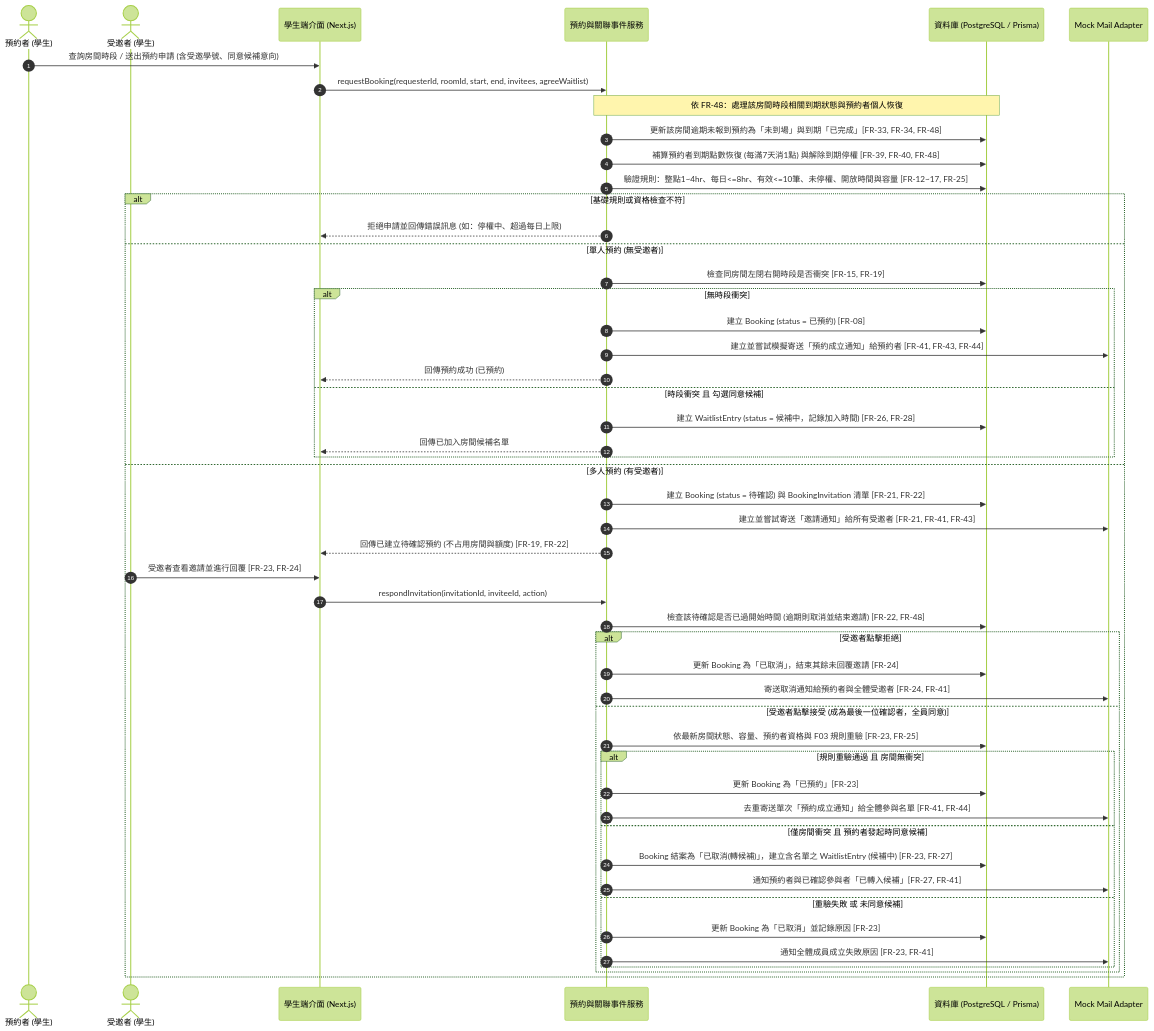
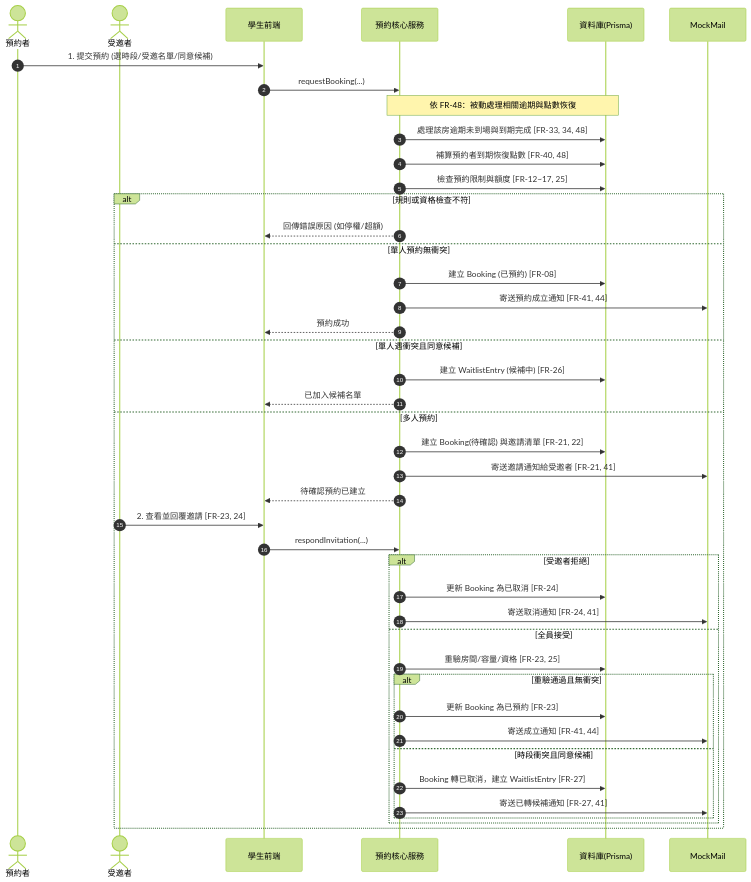
The first of 3 diagrams in waterfall/uml/sequence-diagram.md (avisccc/study-room-booking), drawn with Mermaid (forest theme) before and after one commit. The commit also changed other lines of this file, not shown here.

````diff
--- a/waterfall/uml/sequence-diagram.md
+++ b/waterfall/uml/sequence-diagram.md
@@ -12,57 +9,49 @@
 ```mermaid
 sequenceDiagram
     autonumber
-    actor Req as 預約者 (學生)
-    actor Inv as 受邀者 (學生)
-    participant UI as 學生端介面 (Next.js)
-    participant Svc as 預約與關聯事件服務
-    participant DB as 資料庫 (PostgreSQL / Prisma)
-    participant Mail as Mock Mail Adapter
+    actor 預約者
+    actor 受邀者
+    participant 前端 as 學生前端
+    participant 服務端 as 預約核心服務
+    participant DB as 資料庫(Prisma)
+    participant Mail as MockMail
 
-    Req->>UI: 查詢房間時段 / 送出預約申請 (含受邀學號、同意候補意向)
-    UI->>Svc: requestBooking(requesterId, roomId, start, end, invitees, agreeWaitlist)
+    預約者->>前端: 1. 提交預約 (選時段/受邀名單/同意候補)
+    前端->>服務端: requestBooking(...)
     
-    Note over Svc,DB: 依 FR-48：處理該房間時段相關到期狀態與預約者個人恢復
-    Svc->>DB: 更新該房間逾期未報到預約為「未到場」與到期「已完成」[FR-33, FR-34, FR-48]
-    Svc->>DB: 補算預約者到期點數恢復 (每滿7天消1點) 與解除到期停權 [FR-39, FR-40, FR-48]
+    Note over 服務端,DB: 依 FR-48：被動處理相關逾期與點數恢復
+    服務端->>DB: 處理該房逾期未到場與到期完成 [FR-33, 34, 48]
+    服務端->>DB: 補算預約者到期恢復點數 [FR-40, 48]
+    服務端->>DB: 檢查預約限制與額度 [FR-12~17, 25]
     
-    Svc->>DB: 驗證規則：整點1~4hr、每日<=8hr、有效<=10筆、未停權、開放時間與容量 [FR-12~17, FR-25]
-    
-    alt 基礎規則或資格檢查不符
-        Svc-->>UI: 拒絕申請並回傳錯誤訊息 (如：停權中、超過每日上限)
-    else 單人預約 (無受邀者)
-        Svc->>DB: 檢查同房間左閉右開時段是否衝突 [FR-15, FR-19]
-        alt 無時段衝突
-            Svc->>DB: 建立 Booking (status = 已預約) [FR-08]
-            Svc->>Mail: 建立並嘗試模擬寄送「預約成立通知」給預約者 [FR-41, FR-43, FR-44]
-            Svc-->>UI: 回傳預約成功 (已預約)
-        else 時段衝突 且 勾選同意候補
-            Svc->>DB: 建立 WaitlistEntry (status = 候補中，記錄加入時間) [FR-26, FR-28]
-            Svc-->>UI: 回傳已加入房間候補名單
-        end
-    else 多人預約 (有受邀者)
-        Svc->>DB: 建立 Booking (status = 待確認) 與 BookingInvitation 清單 [FR-21, FR-22]
-        Svc->>Mail: 建立並嘗試寄送「邀請通知」給所有受邀者 [FR-21, FR-41, FR-43]
-        Svc-->>UI: 回傳已建立待確認預約 (不占用房間與額度) [FR-19, FR-22]
+    alt 規則或資格檢查不符
+        服務端-->>前端: 回傳錯誤原因 (如停權/超額)
+    else 單人預約無衝突
+        服務端->>DB: 建立 Booking (已預約) [FR-08]
+        服務端->>Mail: 寄送預約成立通知 [FR-41, 44]
+        服務端-->>前端: 預約成功
+    else 單人遇衝突且同意候補
+        服務端->>DB: 建立 WaitlistEntry (候補中) [FR-26]
+        服務端-->>前端: 已加入候補名單
+    else 多人預約
+        服務端->>DB: 建立 Booking(待確認) 與邀請清單 [FR-21, 22]
+        服務端->>Mail: 寄送邀請通知給受邀者 [FR-21, 41]
+        服務端-->>前端: 待確認預約已建立
         
-        Inv->>UI: 受邀者查看邀請並進行回覆 [FR-23, FR-24]
-        UI->>Svc: respondInvitation(invitationId, inviteeId, action)
-        Svc->>DB: 檢查該待確認是否已過開始時間 (逾期則取消並結束邀請) [FR-22, FR-48]
-        alt 受邀者點擊拒絕
-            Svc->>DB: 更新 Booking 為「已取消」，結束其餘未回覆邀請 [FR-24]
-            Svc->>Mail: 寄送取消通知給預約者與全體受邀者 [FR-24, FR-41]
-        else 受邀者點擊接受 (成為最後一位確認者，全員同意)
-            Svc->>DB: 依最新房間狀態、容量、預約者資格與 F03 規則重驗 [FR-23, FR-25]
-            alt 規則重驗通過 且 房間無衝突
-                Svc->>DB: 更新 Booking 為「已預約」[FR-23]
-                Svc->>Mail: 去重寄送單次「預約成立通知」給全體參與名單 [FR-41, FR-44]
-            else 僅房間衝突 且 預約者發起時同意候補
-                Svc->>DB: Booking 結案為「已取消(轉候補)」，建立含名單之 WaitlistEntry (候補中) [FR-23, FR-27]
-                Svc->>Mail: 通知預約者與已確認參與者「已轉入候補」[FR-27, FR-41]
-            else 重驗失敗 或 未同意候補
-                Svc->>DB: 更新 Booking 為「已取消」並記錄原因 [FR-23]
-                Svc->>Mail: 通知全體成員成立失敗原因 [FR-23, FR-41]
+        受邀者->>前端: 2. 查看並回覆邀請 [FR-23, 24]
+        前端->>服務端: respondInvitation(...)
+        alt 受邀者拒絕
+            服務端->>DB: 更新 Booking 為已取消 [FR-24]
+            服務端->>Mail: 寄送取消通知 [FR-24, 41]
+        else 全員接受
+            服務端->>DB: 重驗房間/容量/資格 [FR-23, 25]
+            alt 重驗通過且無衝突
+                服務端->>DB: 更新 Booking 為已預約 [FR-23]
+                服務端->>Mail: 寄送成立通知 [FR-41, 44]
+            else 時段衝突且同意候補
+                服務端->>DB: Booking 轉已取消，建立 WaitlistEntry [FR-27]
+                服務端->>Mail: 寄送已轉候補通知 [FR-27, 41]
             end
         end
     end
 ```
````
